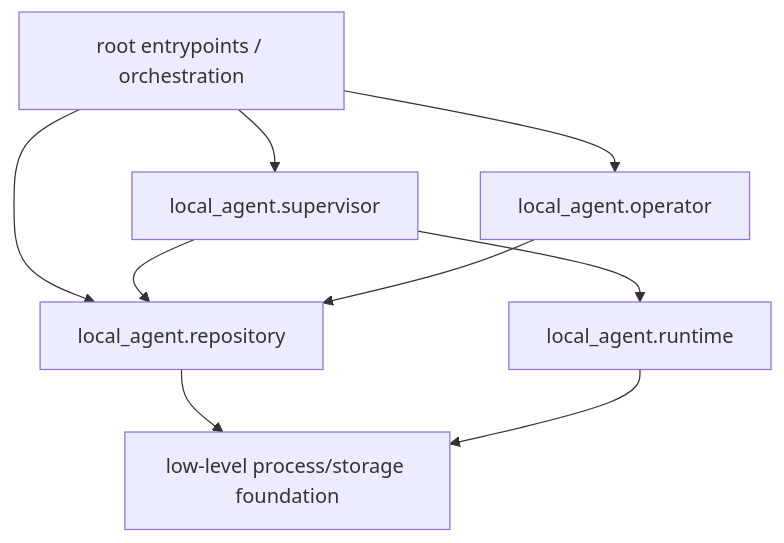
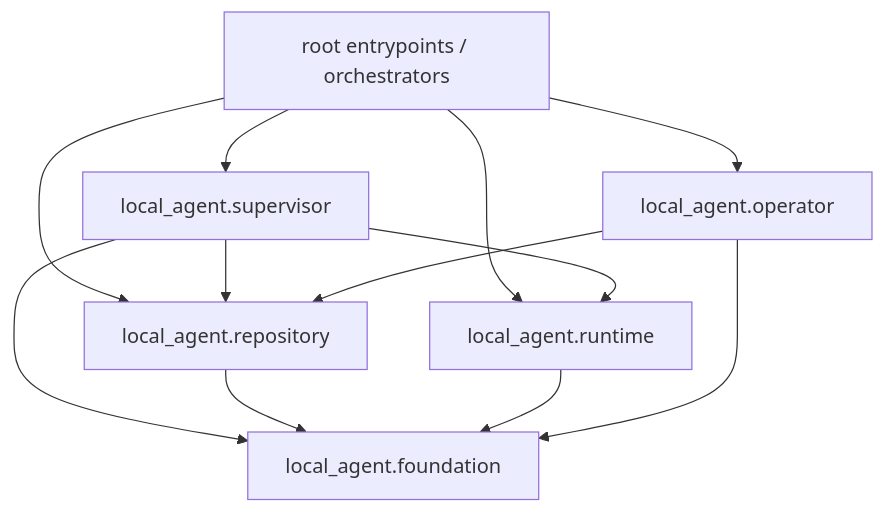
One commit to MichalMatu/local-agent changed the second of 3 diagrams in docs/ARCHITECTURE.md. Above: the diagram before and after it, drawn with Mermaid. The commit also changed other lines of this file, not shown here.

Commit message:
Document packaged ownership and root boundaries

````diff
--- a/docs/ARCHITECTURE.md
+++ b/docs/ARCHITECTURE.md
@@ -88,11 +150,14 @@
 ```mermaid
 flowchart TD
-    Entry["root entrypoints / orchestration"] --> SupervisorPkg["local_agent.supervisor"]
-    Entry --> OperatorPkg["local_agent.operator"]
-    Entry --> RepositoryPkg["local_agent.repository"]
-    SupervisorPkg --> RepositoryPkg
-    SupervisorPkg --> RuntimePkg["local_agent.runtime"]
-    OperatorPkg --> RepositoryPkg
-    RepositoryPkg --> Foundation["low-level process/storage foundation"]
-    RuntimePkg --> Foundation
+    Root["root entrypoints / orchestrators"] --> Supervisor["local_agent.supervisor"]
+    Root --> Repo["local_agent.repository"]
+    Root --> Runtime["local_agent.runtime"]
+    Root --> Operator["local_agent.operator"]
+    Supervisor --> Repo
+    Supervisor --> Runtime
+    Supervisor --> Foundation["local_agent.foundation"]
+    Repo --> Foundation
+    Runtime --> Foundation
+    Operator --> Repo
+    Operator --> Foundation
 ```
````
